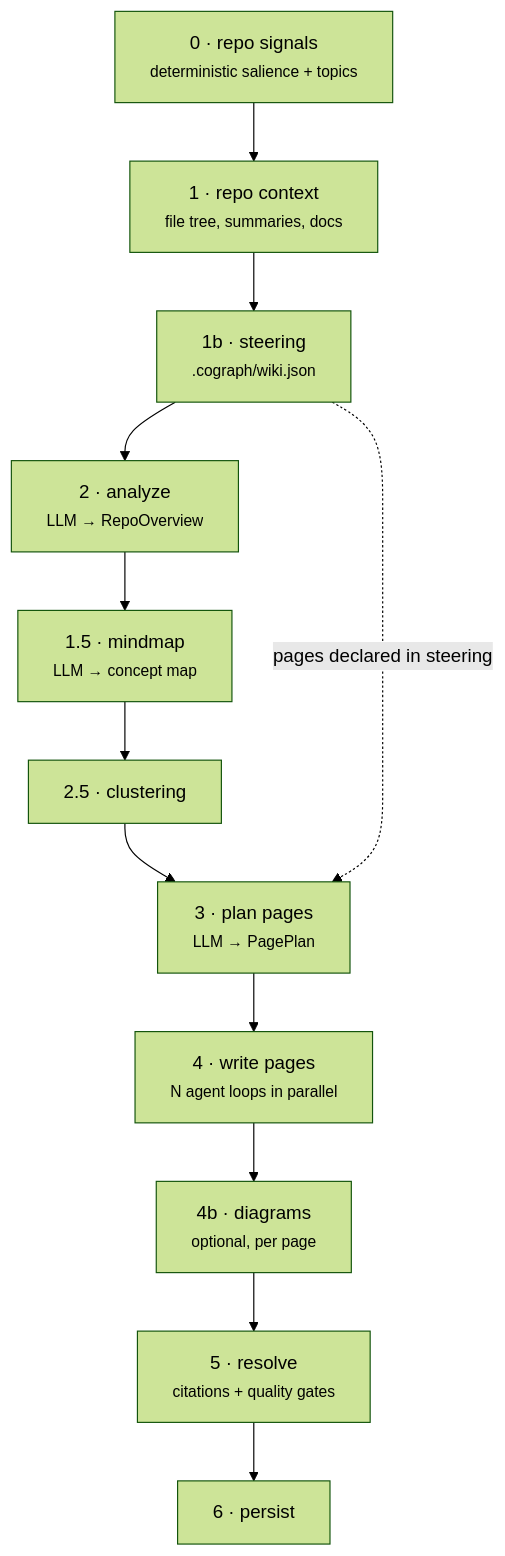
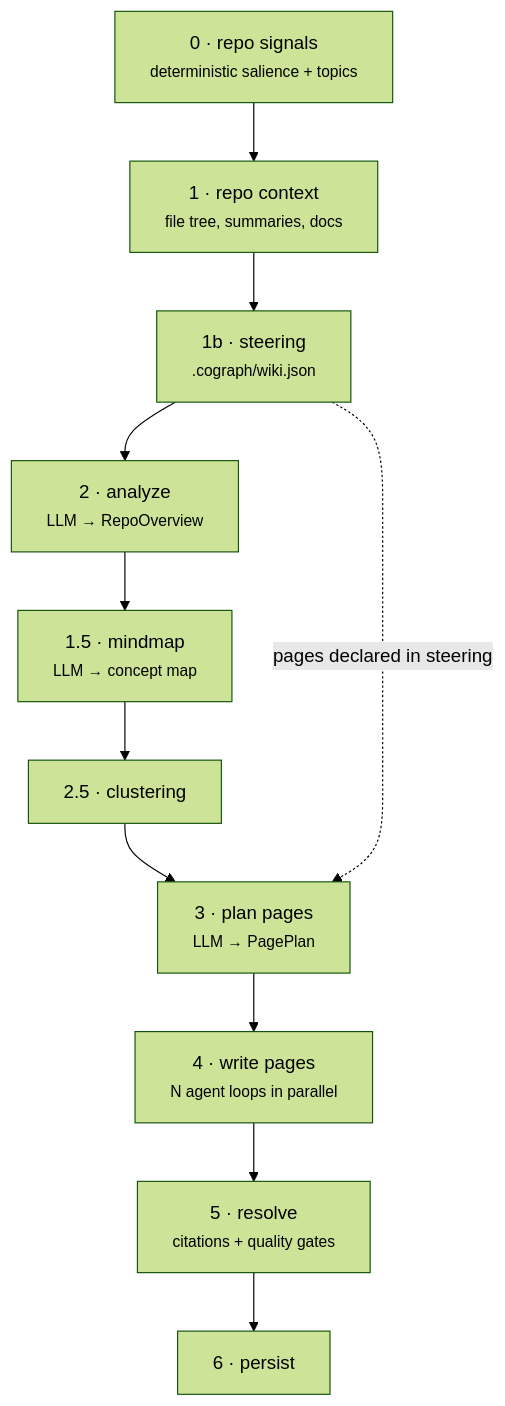
The diagram in docs/wiki.md (mikekonan/cograph), drawn with Mermaid (forest theme) before and after one commit. The commit also changed other lines of this file and 13 other files, not shown here.

First line of the commit message:
fix(wiki): stop stray code fences; drop the separate diagram stage [wiki-schema-no-bump] (#56)

````diff
--- a/docs/wiki.md
+++ b/docs/wiki.md
@@ -26,17 +26,16 @@
 ```mermaid
 flowchart TD
   s0["0 · repo signals<br/><small>deterministic salience + topics</small>"]
   s1["1 · repo context<br/><small>file tree, summaries, docs</small>"]
   s1b["1b · steering<br/><small>.cograph/wiki.json</small>"]
   s2["2 · analyze<br/><small>LLM → RepoOverview</small>"]
   s15["1.5 · mindmap<br/><small>LLM → concept map</small>"]
   s25["2.5 · clustering"]
   s3["3 · plan pages<br/><small>LLM → PagePlan</small>"]
   s4["4 · write pages<br/><small>N agent loops in parallel</small>"]
-  s4b["4b · diagrams<br/><small>optional, per page</small>"]
   s5["5 · resolve<br/><small>citations + quality gates</small>"]
   s6["6 · persist"]
 
-  s0 --> s1 --> s1b --> s2 --> s15 --> s25 --> s3 --> s4 --> s4b --> s5 --> s6
+  s0 --> s1 --> s1b --> s2 --> s15 --> s25 --> s3 --> s4 --> s5 --> s6
   s1b -.->|"pages declared in steering"| s3
 ```
````
